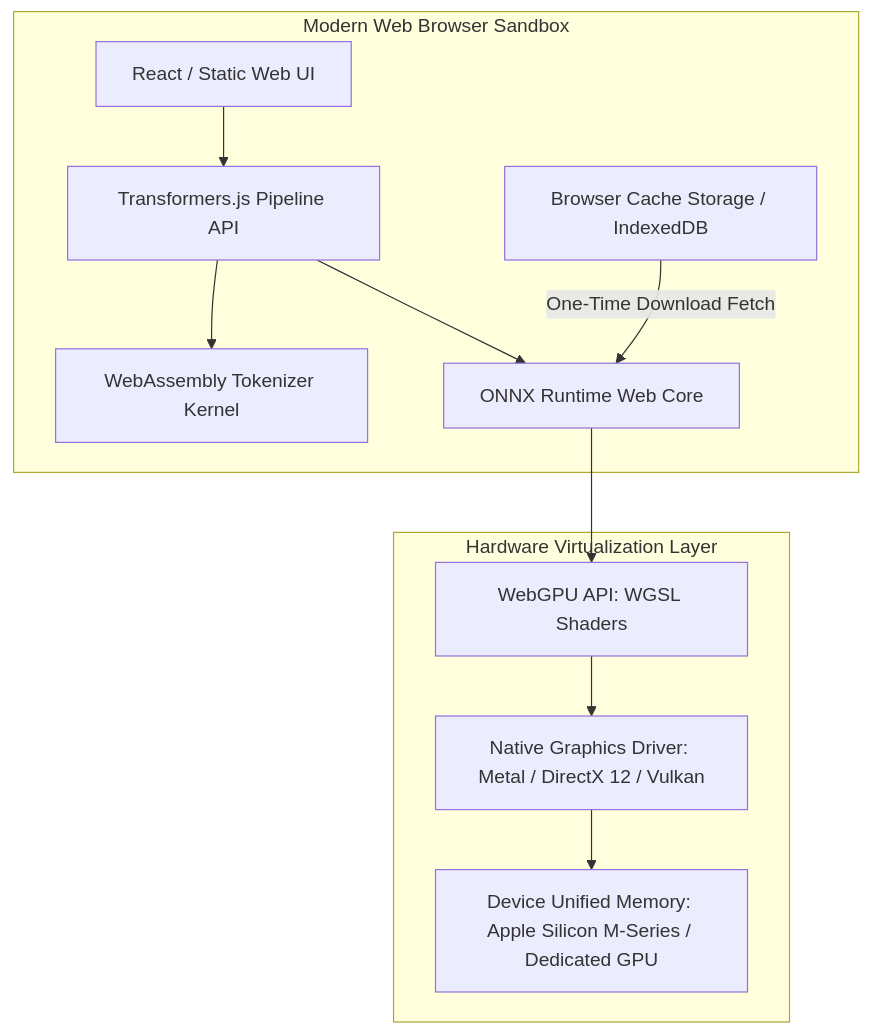
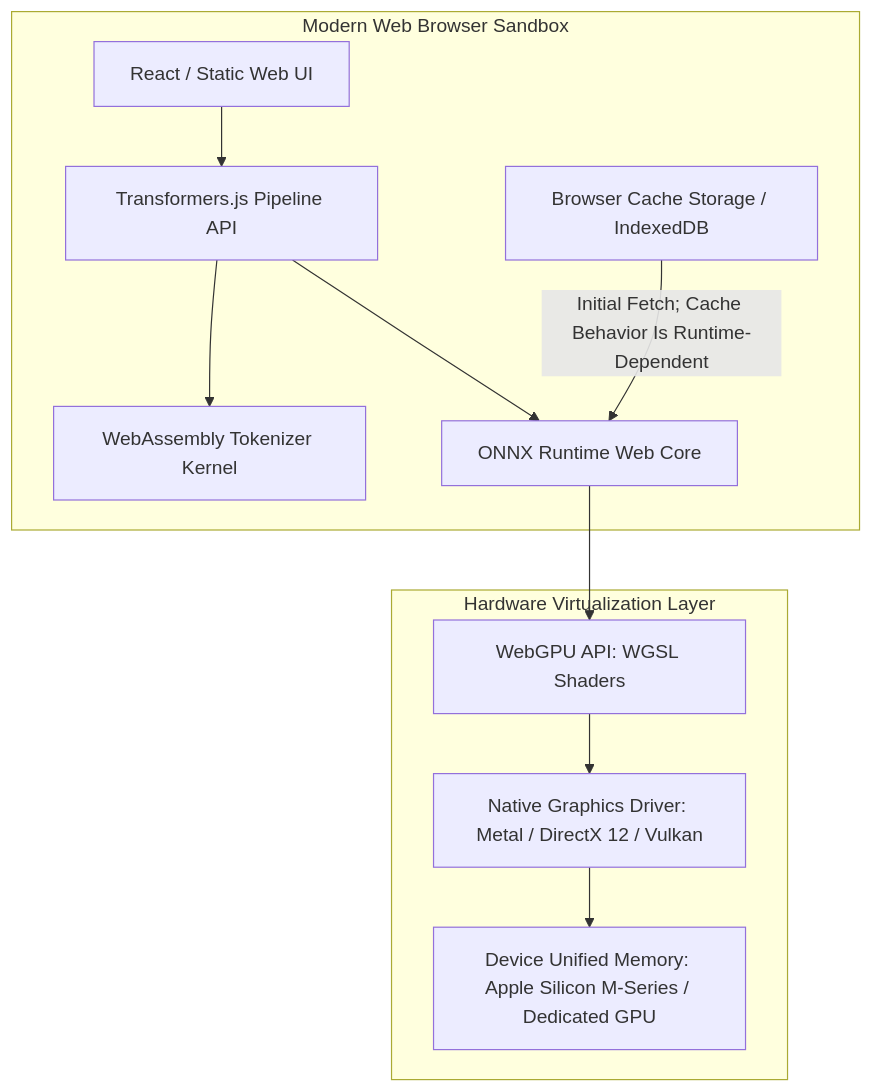
Before and after one commit to akillness/akillness.github.io: the third of 4 diagrams in _posts/2024/05/2024-05-08-phi3-webgpu.md, drawn with Mermaid. The commit also changed other lines of this file, not shown here.

````diff
--- a/_posts/2024/05/2024-05-08-phi3-webgpu.md
+++ b/_posts/2024/05/2024-05-08-phi3-webgpu.md
@@ -69,15 +78,15 @@
 ```mermaid
 flowchart TD
     subgraph BrowserEnvironment["Modern Web Browser Sandbox"]
         AppUI[React / Static Web UI] --> Pipe[Transformers.js Pipeline API]
         Pipe --> Tokenizer[WebAssembly Tokenizer Kernel]
         Pipe --> Runtime[ONNX Runtime Web Core]
-        Cache[Browser Cache Storage / IndexedDB] -->|One-Time Download Fetch| Runtime
+        Cache[Browser Cache Storage / IndexedDB] -->|Initial Fetch; Cache Behavior Is Runtime-Dependent| Runtime
     end
 
     subgraph HardwareExecution["Hardware Virtualization Layer"]
         Runtime --> WGPU[WebGPU API: WGSL Shaders]
         WGPU --> Driver[Native Graphics Driver: Metal / DirectX 12 / Vulkan]
         Driver --> GPU[Device Unified Memory: Apple Silicon M-Series / Dedicated GPU]
     end
 ```
````
